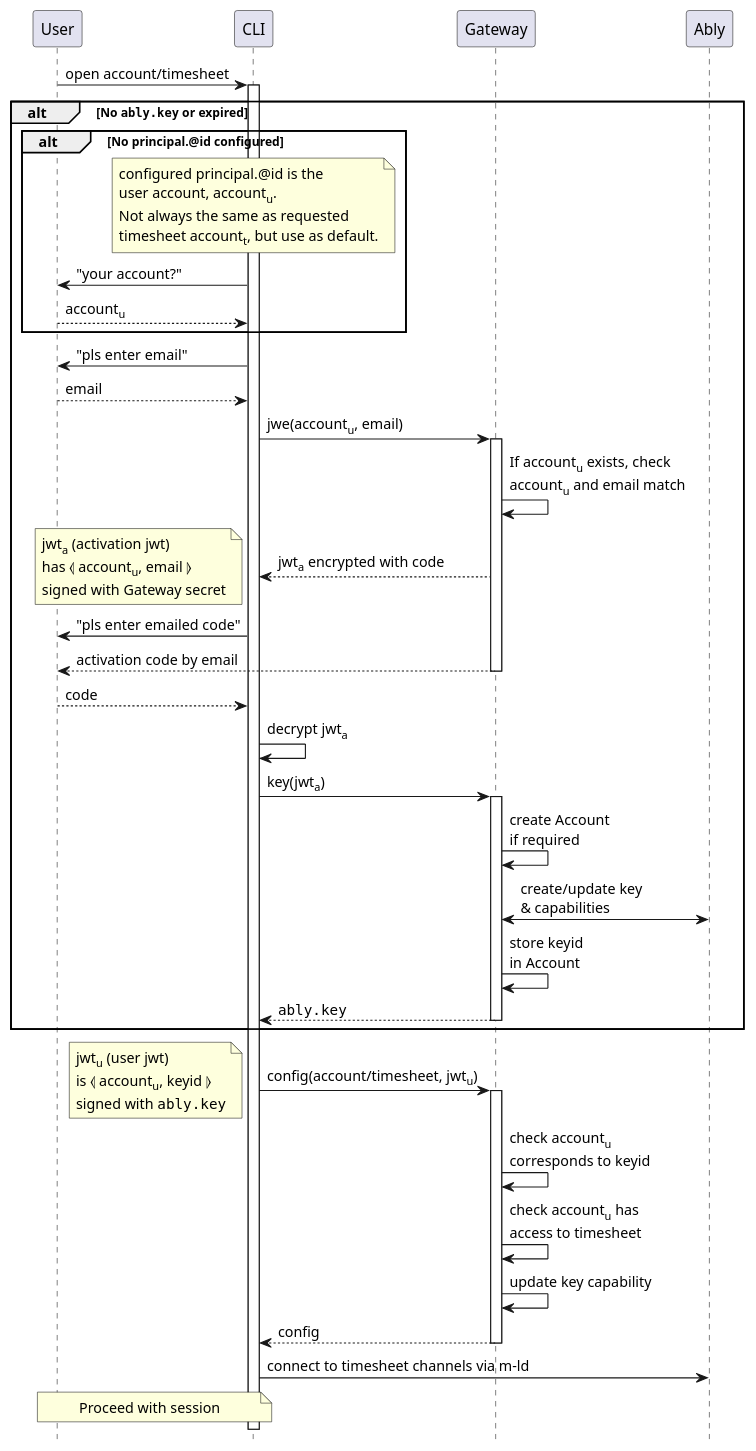
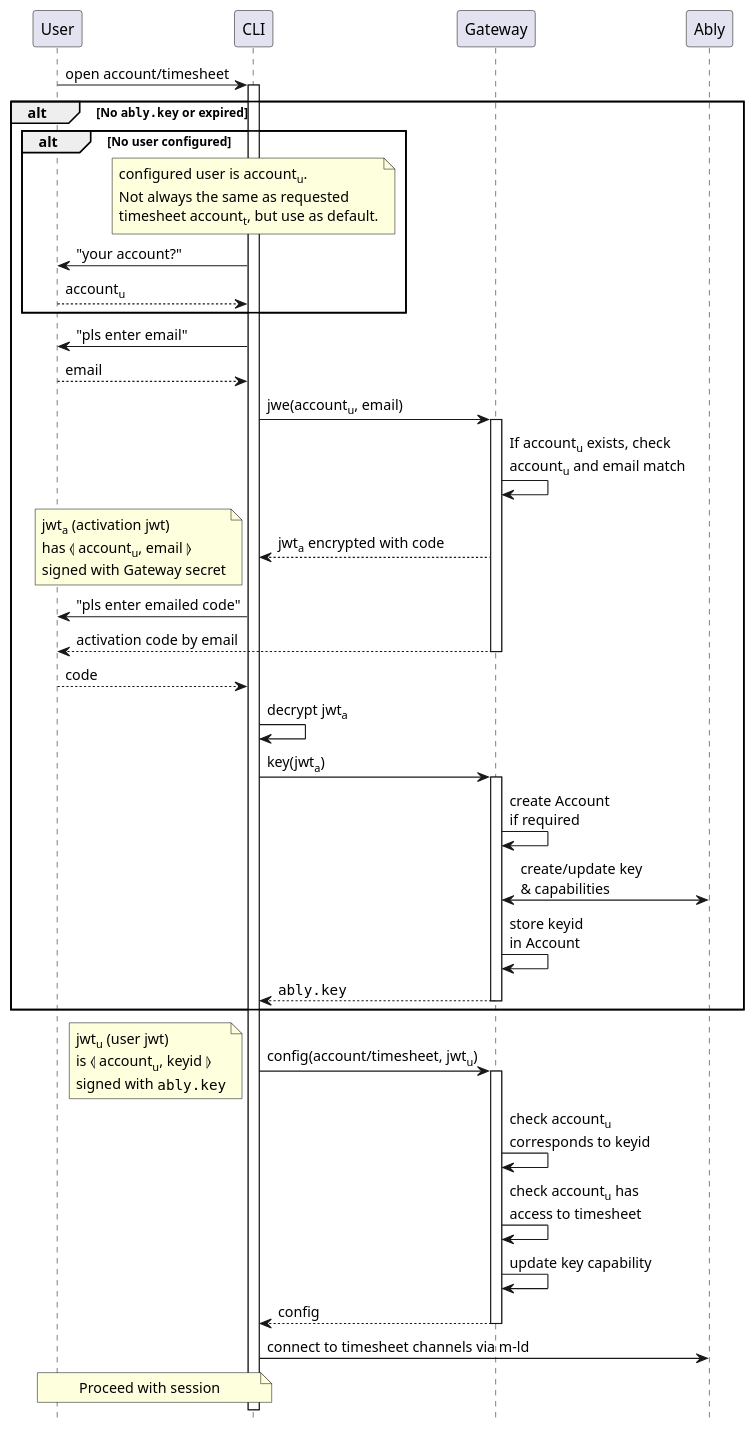
One commit to m-ld/timeld changed the diagram in architecture/security/register-cli.seq.puml. Above: the diagram before and after it, drawn with PlantUML. The commit also changed 6 other files, not shown here.

```diff
--- a/architecture/security/register-cli.seq.puml
+++ b/architecture/security/register-cli.seq.puml
@@ -1,55 +1,54 @@
 @startuml
 'https://plantuml.com/sequence-diagram
 hide footbox
 
 User -> CLI ++: open account/timesheet
 alt No ""ably.key"" or expired
-  alt No principal.@id configured
+  alt No user configured
     note over CLI
-      configured principal.@id is the
-      user account, account<sub>u</sub>.
+      configured user is account<sub>u</sub>.
       Not always the same as requested
       timesheet account<sub>t</sub>, but use as default.
     end note
     CLI -> User: "your account?"
     User --> CLI: account<sub>u</sub>
   end
   CLI -> User: "pls enter email"
   User --> CLI: email
   CLI -> Gateway ++: jwe(account<sub>u</sub>, email)
   Gateway -> Gateway: If account<sub>u</sub> exists, check\naccount<sub>u</sub> and email match
   Gateway --> CLI: jwt<sub>a</sub> encrypted with code
   note left
     jwt<sub>a</sub> (activation jwt)
     has ⦉ account<sub>u</sub>, email ⦊
     signed with Gateway secret
   end note
   CLI -> User: "pls enter emailed code"
   Gateway --> User --: activation code by email
 
   User --> CLI: code
   ' TODO: brute force attack (look for a parseable JWT)
   CLI -> CLI: decrypt jwt<sub>a</sub>
   ' TODO: replay attack within JWT validity period
   CLI -> Gateway ++: key(jwt<sub>a</sub>)
   Gateway -> Gateway: create Account\nif required
   Gateway <-> Ably: create/update key\n& capabilities
   Gateway -> Gateway: store keyid\nin Account
   return ""ably.key""
 end
 
 CLI -> Gateway ++: config(account/timesheet, jwt<sub>u</sub>)
 note left
   jwt<sub>u</sub> (user jwt)
   is ⦉ account<sub>u</sub>, keyid ⦊
   signed with ""ably.key""
 end note
 Gateway -> Gateway: check account<sub>u</sub>\ncorresponds to keyid
 Gateway -> Gateway: check account<sub>u</sub> has\naccess to timesheet
 Gateway -> Gateway: update key capability
 return config
 
 CLI -> Ably: connect to timesheet channels via m-ld
 note over User, CLI: Proceed with session
 
 @enduml
```
